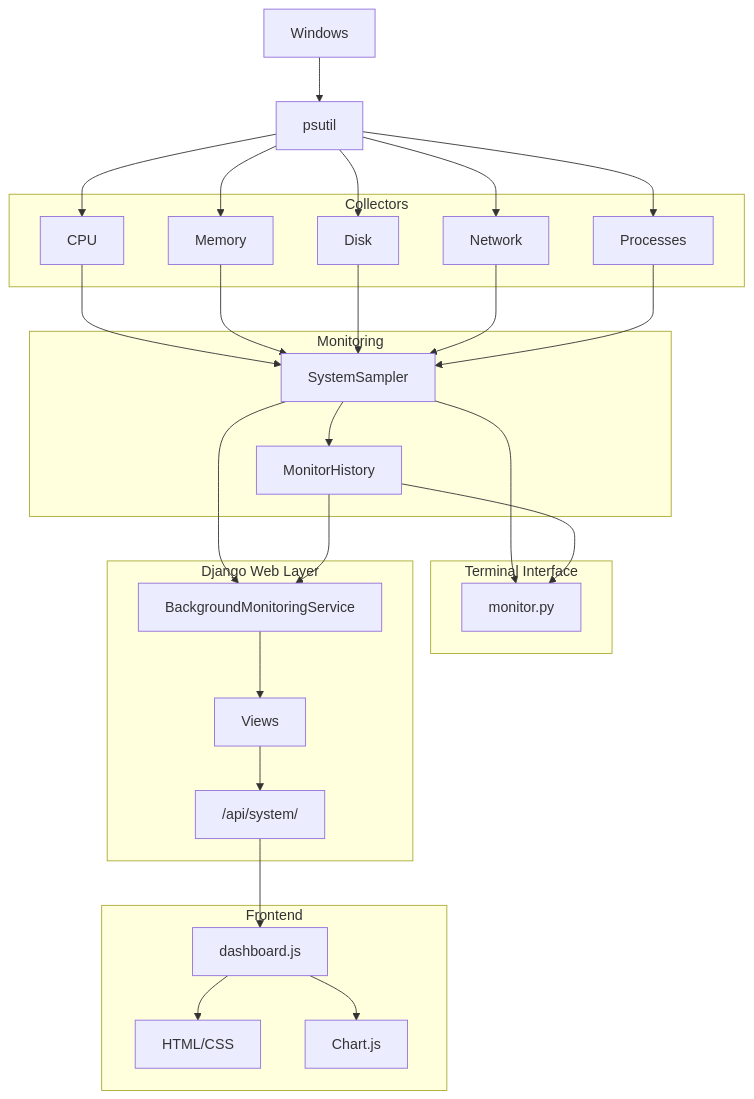
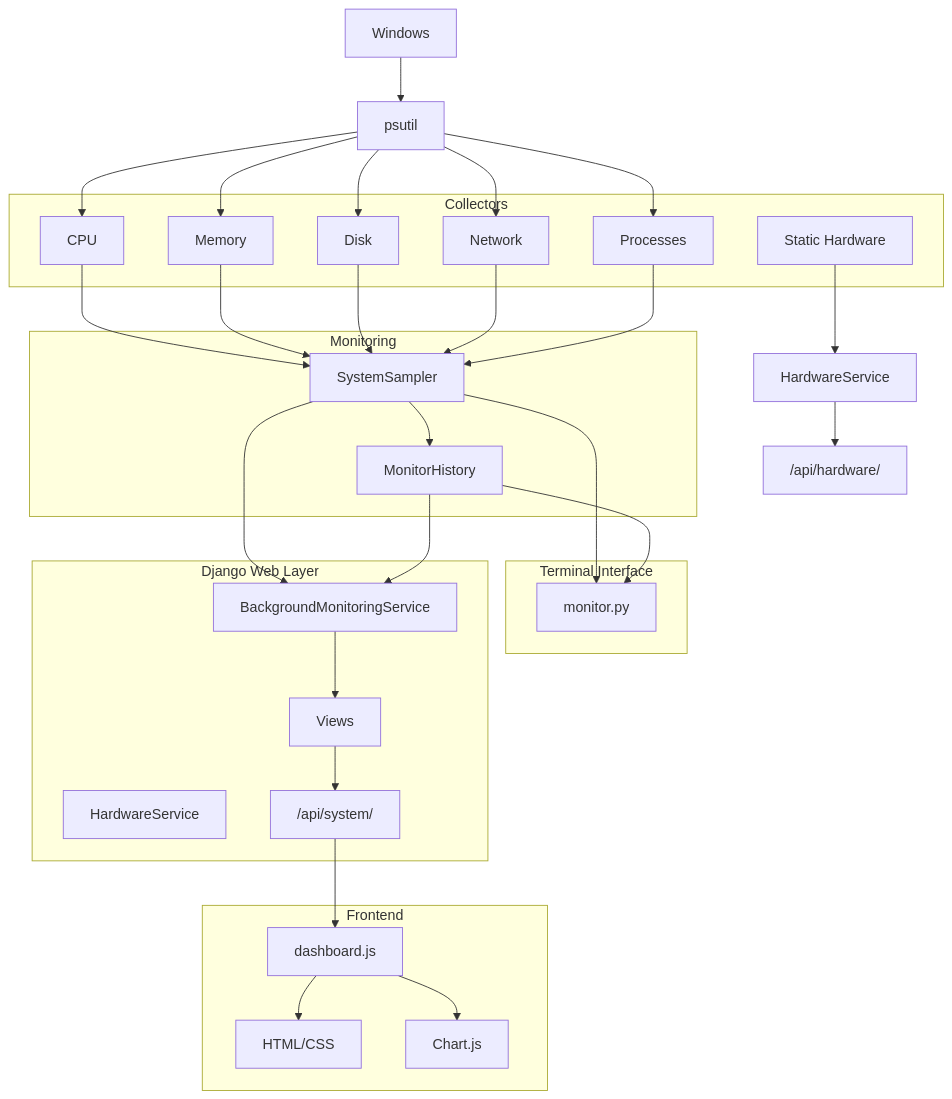
One commit to IronRon/Sys-Monitor changed diagram 31 of 32 in docs/architecture.md. Above: the diagram before and after it, drawn with Mermaid. The commit also changed other lines of this file and 19 other files, not shown here.

````diff
--- a/docs/architecture.md
+++ b/docs/architecture.md
@@ -1680,64 +1744,69 @@
 ```mermaid
 flowchart TD
     WIN["Windows"]
 
     PS["psutil"]
 
     subgraph Collectors["Collectors"]
         CPU["CPU"]
         RAM["Memory"]
         DISK["Disk"]
         NET["Network"]
         PROC["Processes"]
+        HW["Static Hardware"]
     end
 
     subgraph Monitoring["Monitoring"]
         SAMPLER["SystemSampler"]
         HISTORY["MonitorHistory"]
     end
 
     subgraph Terminal["Terminal Interface"]
         MONITOR["monitor.py"]
     end
 
     subgraph Django["Django Web Layer"]
         SERVICE["BackgroundMonitoringService"]
+        HSERVICE["HardwareService"]
         VIEW["Views"]
         API["/api/system/"]
     end
 
     subgraph Browser["Frontend"]
         JS["dashboard.js"]
         HTML["HTML/CSS"]
         CHART["Chart.js"]
     end
 
     WIN --> PS
 
     PS --> CPU
     PS --> RAM
     PS --> DISK
     PS --> NET
     PS --> PROC
 
     CPU --> SAMPLER
     RAM --> SAMPLER
     DISK --> SAMPLER
     NET --> SAMPLER
     PROC --> SAMPLER
 
+    HW --> HWSERVICE["HardwareService"]
+    HWSERVICE --> HWAPI["/api/hardware/"]
+
     SAMPLER --> HISTORY
 
     SAMPLER --> MONITOR
     HISTORY --> MONITOR
 
     SAMPLER --> SERVICE
     HISTORY --> SERVICE
 
     SERVICE --> VIEW
     VIEW --> API
 
     API --> JS
     JS --> HTML
     JS --> CHART
 ```
````
